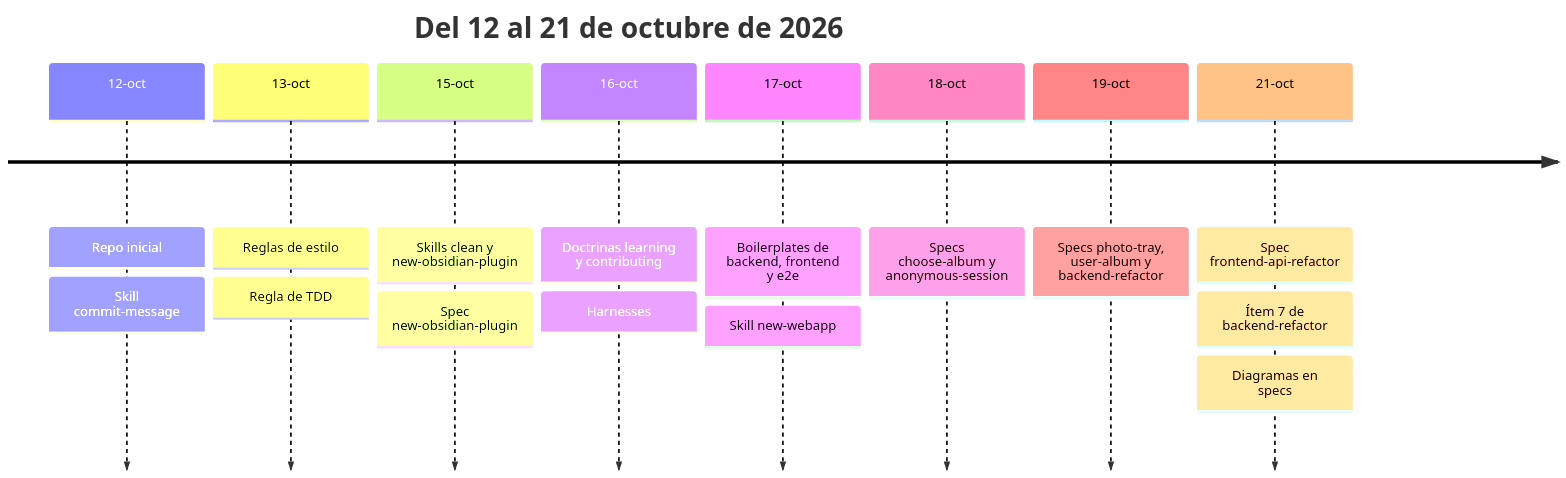
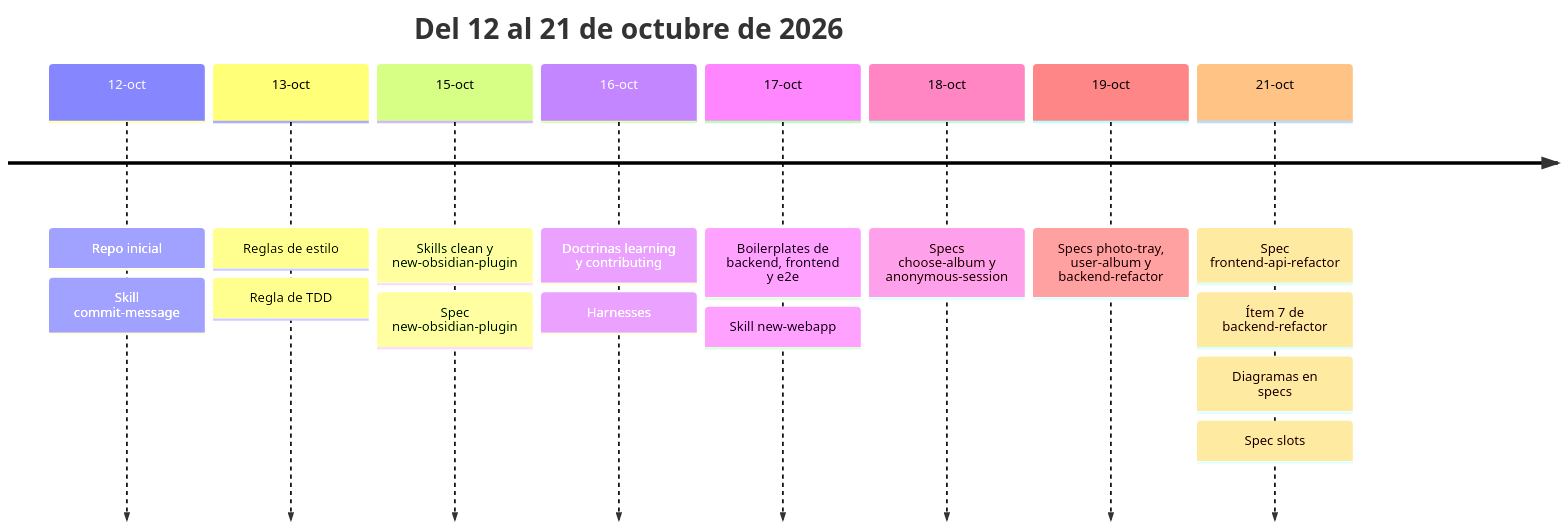
The first of 5 diagrams in harnesses/fotoAlbum/.claude/timeline.md (xaviuzz/prometeuzz), drawn with Mermaid before and after one commit. The commit also changed other lines of this file, not shown here.

Commit message:
🤖 add slots spec to fotoAlbum timeline

````diff
--- a/harnesses/fotoAlbum/.claude/timeline.md
+++ b/harnesses/fotoAlbum/.claude/timeline.md
@@ -7,12 +7,12 @@
 ```mermaid
 timeline
     title Del 12 al 21 de octubre de 2026
     12-oct : Repo inicial : Skill commit-message
     13-oct : Reglas de estilo : Regla de TDD
     15-oct : Skills clean y new-obsidian-plugin : Spec new-obsidian-plugin
     16-oct : Doctrinas learning y contributing : Harnesses
     17-oct : Boilerplates de backend, frontend y e2e : Skill new-webapp
     18-oct : Specs choose-album y anonymous-session
     19-oct : Specs photo-tray, user-album y backend-refactor
-    21-oct : Spec frontend-api-refactor : Ítem 7 de backend-refactor : Diagramas en specs
+    21-oct : Spec frontend-api-refactor : Ítem 7 de backend-refactor : Diagramas en specs : Spec slots
 ```
````
